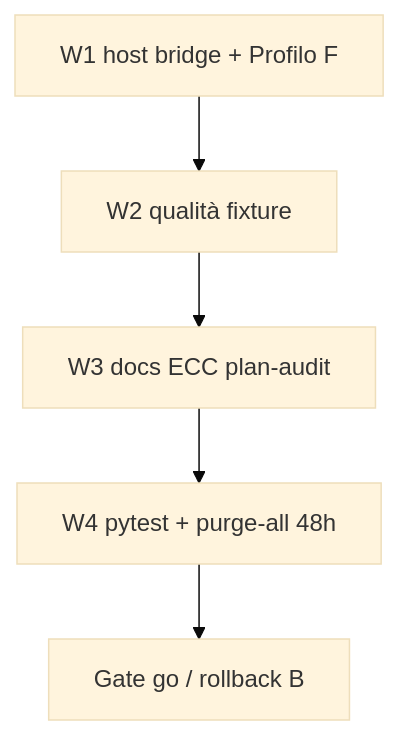
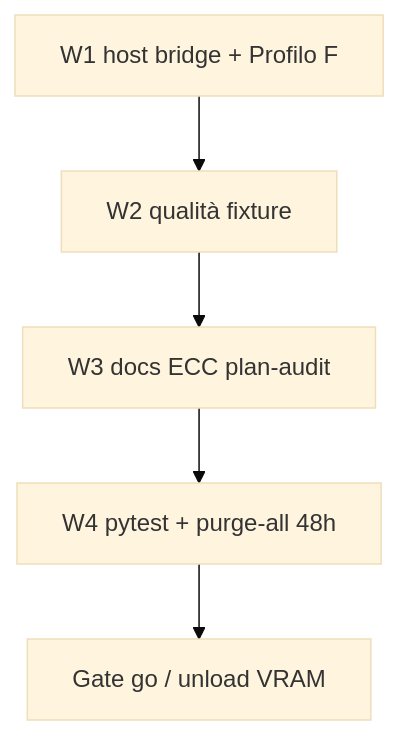
One commit to JiraaG/Intelligence-Dashboard changed the diagram in plan-audit/active/plan_impl_fase_A_local_amd_ollama.md. Above: the diagram before and after it, drawn with Mermaid (base theme). The commit also changed other lines of this file and 15 other files, not shown here.

````diff
--- a/plan-audit/active/plan_impl_fase_A_local_amd_ollama.md
+++ b/plan-audit/active/plan_impl_fase_A_local_amd_ollama.md
@@ -21,7 +37,7 @@
 ```mermaid
 flowchart TB
   W1[W1 host bridge + Profilo F] --> W2[W2 qualità fixture]
   W2 --> W3[W3 docs ECC plan-audit]
   W3 --> W4[W4 pytest + purge-all 48h]
-  W4 --> Gate[Gate go / rollback B]
+  W4 --> Gate[Gate go / unload VRAM]
 ```
````
